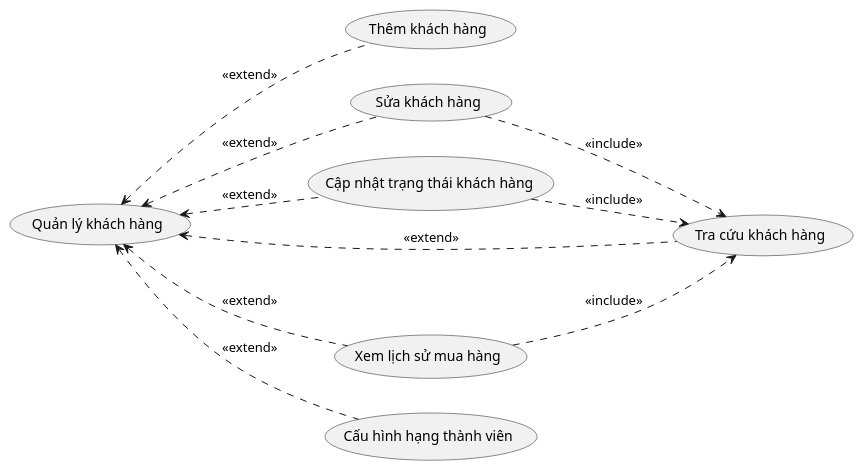
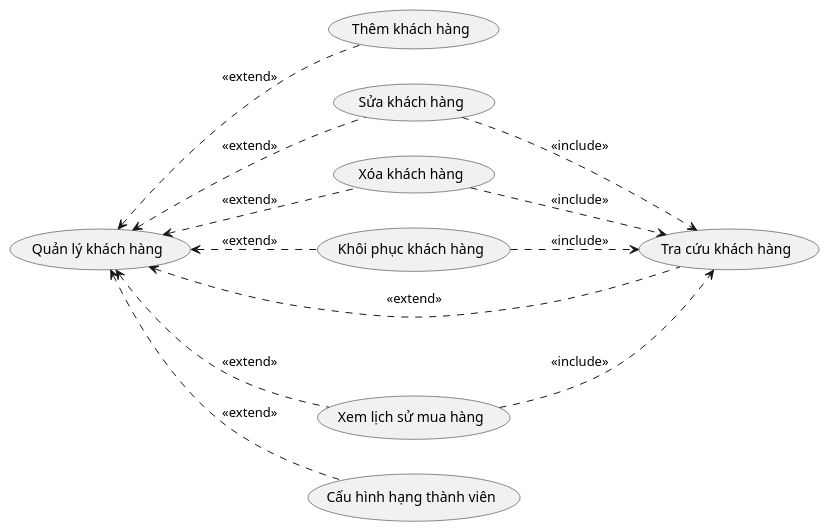
One commit to lancelotviendangkhoa710/IS-System-Development changed the diagram in diagram/Bakery_Management/usecase/uc_quan_ly_khach_hang.puml. Above: the diagram before and after it, drawn with PlantUML. The commit also changed 35 other files, not shown here.

Commit message:
diagram khiem

```diff
--- a/diagram/Bakery_Management/usecase/uc_quan_ly_khach_hang.puml
+++ b/diagram/Bakery_Management/usecase/uc_quan_ly_khach_hang.puml
@@ -1,26 +1,29 @@
 @startuml
 left to right direction
 
 
   usecase "Quản lý khách hàng" as UC_Main
   usecase "Thêm khách hàng" as UC_Add
   usecase "Sửa khách hàng" as UC_Edit
-  usecase "Cập nhật trạng thái khách hàng" as UC_Status
+  usecase "Xóa khách hàng" as UC_Delete
+  usecase "Khôi phục khách hàng" as UC_Restore
   usecase "Tra cứu khách hàng" as UC_Search
   usecase "Xem lịch sử mua hàng" as UC_History
   usecase "Cấu hình hạng thành viên" as UC_Config
 
 
 
 UC_Add .up.> UC_Main : <<extend>>
 UC_Edit .up.> UC_Main : <<extend>>
-UC_Status .up.> UC_Main : <<extend>>
+UC_Delete .up.> UC_Main : <<extend>>
+UC_Restore .up.> UC_Main : <<extend>>
 UC_Search .up.> UC_Main : <<extend>>
 UC_History .up.> UC_Main : <<extend>>
 UC_Config .up.> UC_Main : <<extend>>
 
 UC_Edit ..> UC_Search : <<include>>
-UC_Status ..> UC_Search : <<include>>
+UC_Delete ..> UC_Search : <<include>>
+UC_Restore ..> UC_Search : <<include>>
 UC_History ..> UC_Search : <<include>>
 
 @enduml
```
